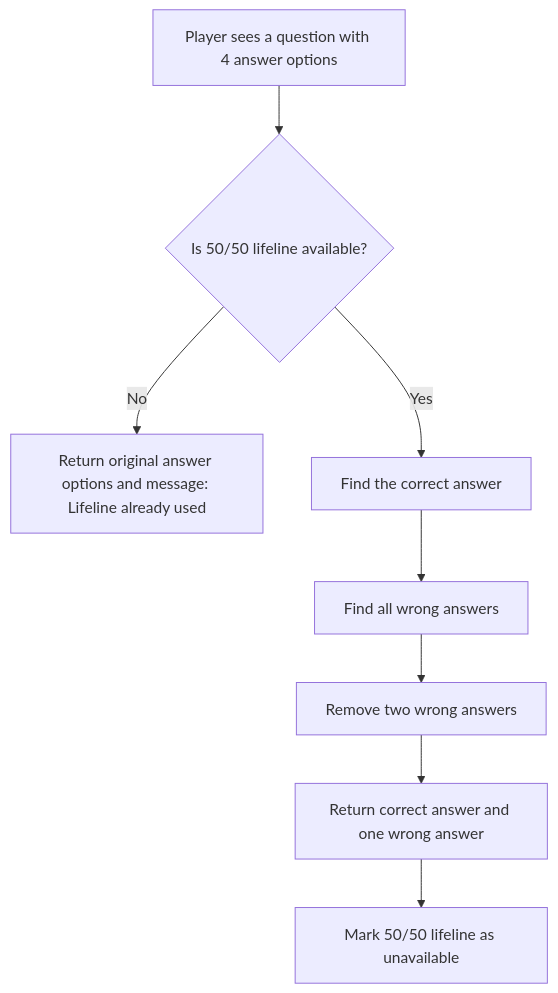
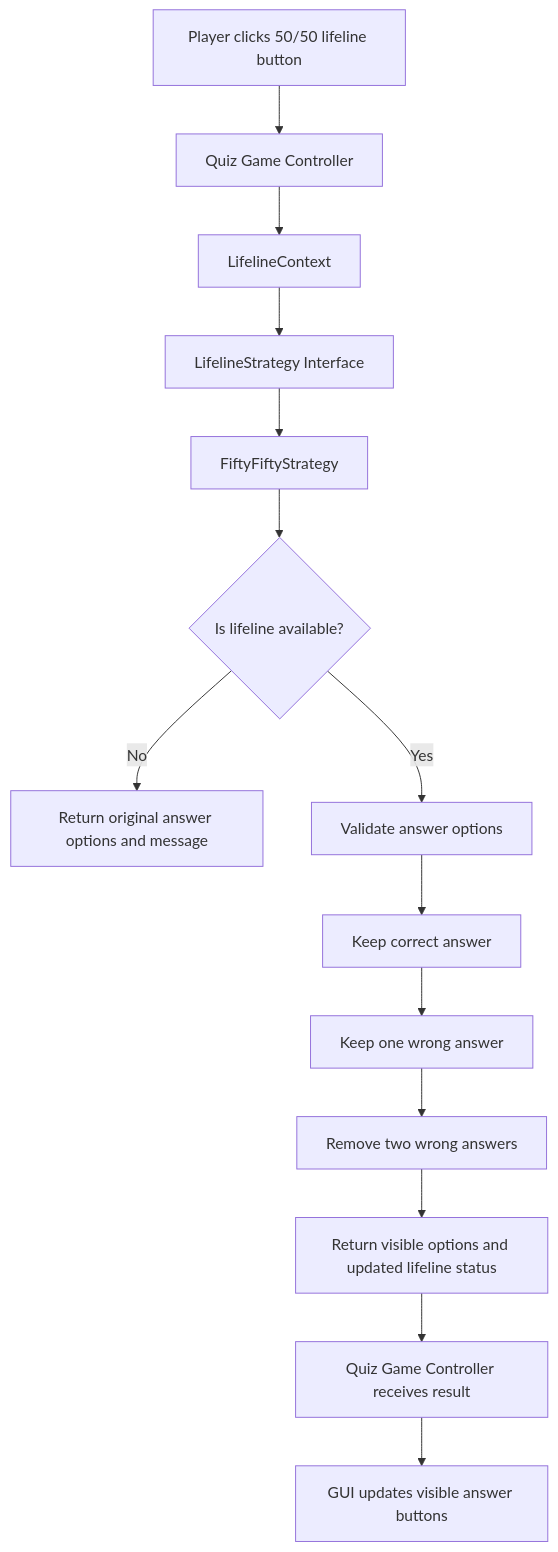
One commit to stepigor98-arch/SoftwareProject2026 changed the diagram in docs/architecture/flow_5050_lifeline.md. Above: the diagram before and after it, drawn with Mermaid. The commit also changed other lines of this file, not shown here.

````diff
--- a/docs/architecture/flow_5050_lifeline.md
+++ b/docs/architecture/flow_5050_lifeline.md
@@ -9,10 +11,18 @@
 ```mermaid
 flowchart TD
-    A[Player sees a question with 4 answer options] --> B{Is 50/50 lifeline available?}
-    B -- No --> C[Return original answer options and message: Lifeline already used]
-    B -- Yes --> D[Find the correct answer]
-    D --> E[Find all wrong answers]
-    E --> F[Remove two wrong answers]
-    F --> G[Return correct answer and one wrong answer]
-    G --> H[Mark 50/50 lifeline as unavailable]
+    A[Player clicks 50/50 lifeline button] --> B[Quiz Game Controller]
+    B --> C[LifelineContext]
+    C --> D[LifelineStrategy Interface]
+    D --> E[FiftyFiftyStrategy]
+    E --> F{Is lifeline available?}
+
+    F -- No --> G[Return original answer options and message]
+    F -- Yes --> H[Validate answer options]
+    H --> I[Keep correct answer]
+    I --> J[Keep one wrong answer]
+    J --> K[Remove two wrong answers]
+    K --> L[Return visible options and updated lifeline status]
+
+    L --> M[Quiz Game Controller receives result]
+    M --> N[GUI updates visible answer buttons]
 ```
````
